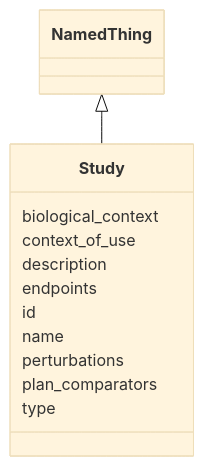
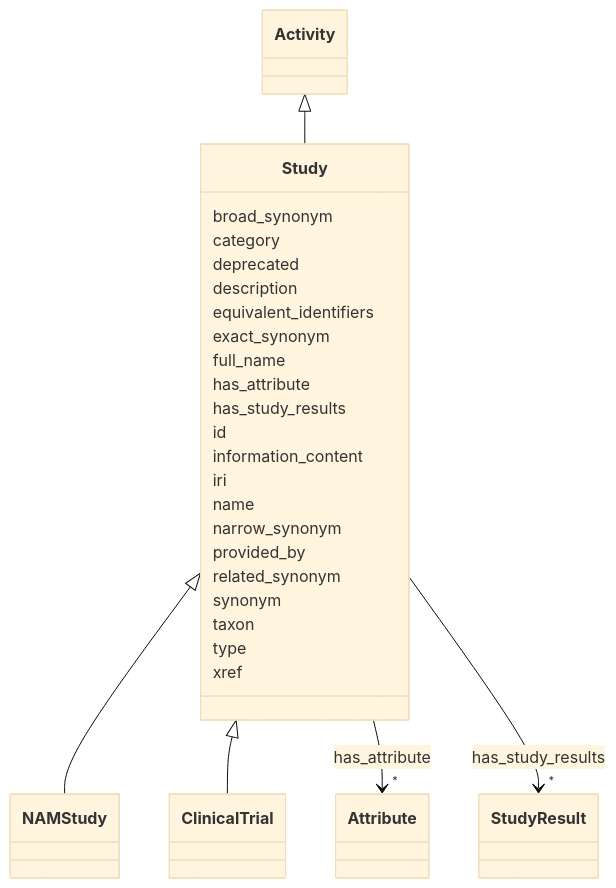
Before and after one commit to monarch-initiative/namo: the diagram in docs/elements/Study.md, drawn with Mermaid (base theme). The commit also changed other lines of this file and 1232 other files, not shown here.

````diff
--- a/docs/elements/Study.md
+++ b/docs/elements/Study.md
@@ -18,27 +23,74 @@
 ```mermaid
  classDiagram
     class Study
     click Study href "../Study/"
-      NamedThing <|-- Study
-        click NamedThing href "../NamedThing/"
+      Activity <|-- Study
+        click Activity href "../Activity/"
       
-      Study : biological_context
+
+      Study <|-- NAMStudy
+        click NAMStudy href "../NAMStudy/"
+      Study <|-- ClinicalTrial
+        click ClinicalTrial href "../ClinicalTrial/"
+      
+
+      Study : broad_synonym
         
-      Study : context_of_use
+      Study : category
+        
+      Study : deprecated
         
       Study : description
         
-      Study : endpoints
+      Study : equivalent_identifiers
+        
+      Study : exact_synonym
+        
+      Study : full_name
+        
+      Study : has_attribute
+        
+          
+    
+        
+        
+        Study --> "*" Attribute : has_attribute
+        click Attribute href "../Attribute/"
+    
+
+        
+      Study : has_study_results
+        
+          
+    
+        
+        
+        Study --> "*" StudyResult : has_study_results
+        click StudyResult href "../StudyResult/"
+    
+
         
       Study : id
         
+      Study : information_content
+        
+      Study : iri
+        
       Study : name
         
-      Study : perturbations
+      Study : narrow_synonym
         
-      Study : plan_comparators
+      Study : provided_by
+        
+      Study : related_synonym
+        
+      Study : synonym
+        
+      Study : taxon
         
       Study : type
         
+      Study : xref
+        
       
 ```
````
